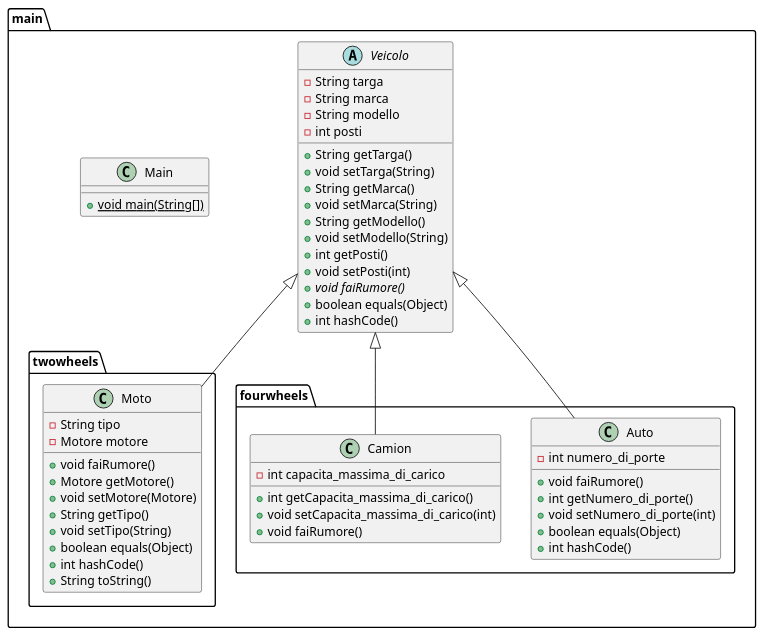
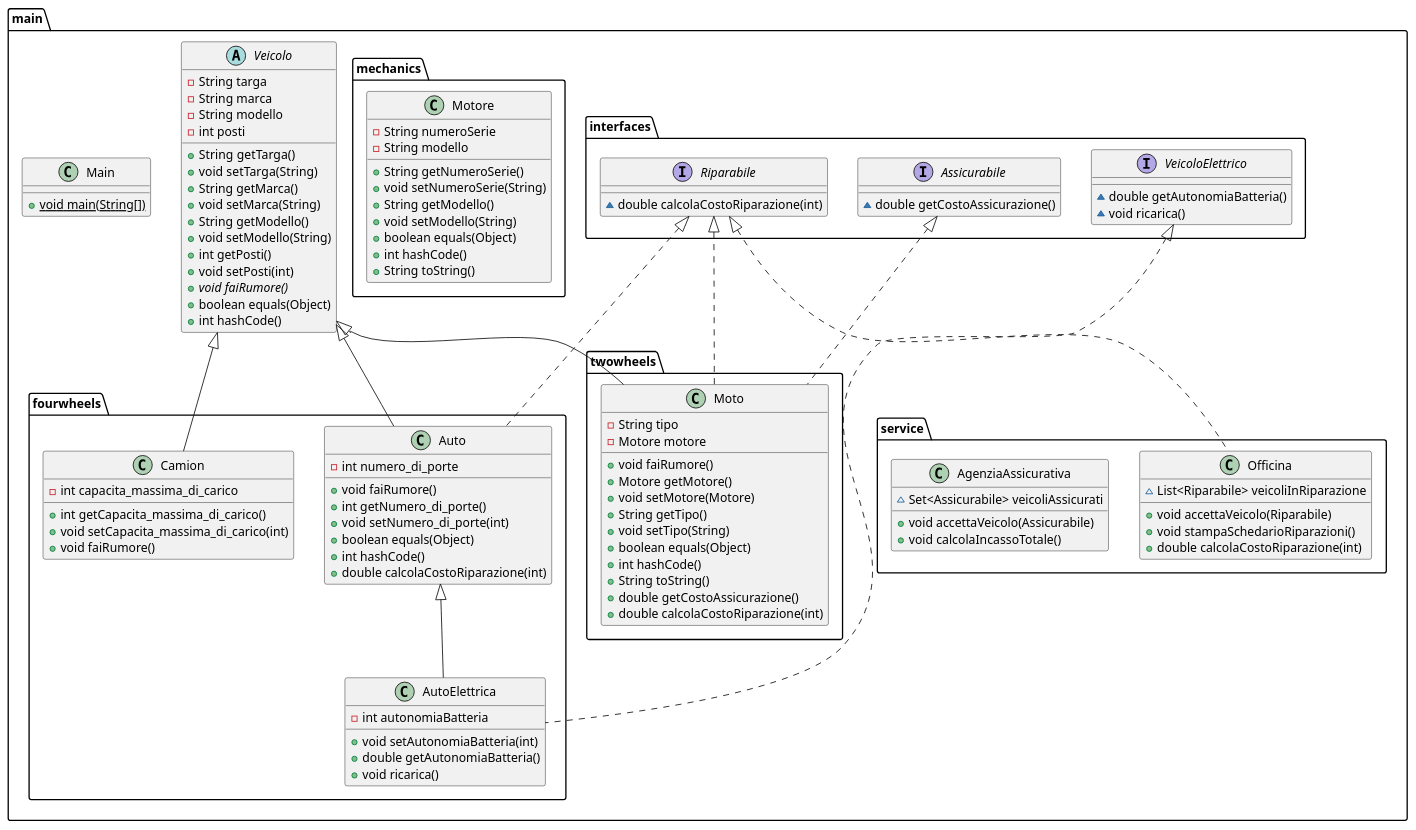
Before and after one commit to vietforest/-M226B: the diagram in Esercizio_veicoli/UML.puml, drawn with PlantUML. The commit also changed 6 other files, not shown here.

```diff
--- a/Esercizio_veicoli/UML.puml
+++ b/Esercizio_veicoli/UML.puml
@@ -1,62 +1,120 @@
 @startuml
+class main.fourwheels.AutoElettrica {
+- int autonomiaBatteria
++ void setAutonomiaBatteria(int)
++ double getAutonomiaBatteria()
++ void ricarica()
+}
+
+
+interface main.interfaces.Assicurabile {
+~ double getCostoAssicurazione()
+}
+
 class main.twowheels.Moto {
 - String tipo
 - Motore motore
 + void faiRumore()
 + Motore getMotore()
 + void setMotore(Motore)
 + String getTipo()
 + void setTipo(String)
 + boolean equals(Object)
 + int hashCode()
 + String toString()
++ double getCostoAssicurazione()
++ double calcolaCostoRiparazione(int)
 }
 
 
 class main.fourwheels.Auto {
 - int numero_di_porte
 + void faiRumore()
 + int getNumero_di_porte()
 + void setNumero_di_porte(int)
 + boolean equals(Object)
 + int hashCode()
++ double calcolaCostoRiparazione(int)
 }
 
+
+interface main.interfaces.Riparabile {
+~ double calcolaCostoRiparazione(int)
+}
 
 abstract class main.Veicolo {
 - String targa
 - String marca
 - String modello
 - int posti
 + String getTarga()
 + void setTarga(String)
 + String getMarca()
 + void setMarca(String)
 + String getModello()
 + void setModello(String)
 + int getPosti()
 + void setPosti(int)
 + {abstract}void faiRumore()
 + boolean equals(Object)
 + int hashCode()
 }
 
 
+class main.mechanics.Motore {
+- String numeroSerie
+- String modello
++ String getNumeroSerie()
++ void setNumeroSerie(String)
++ String getModello()
++ void setModello(String)
++ boolean equals(Object)
++ int hashCode()
++ String toString()
+}
+
+
 class main.Main {
 + {static} void main(String[])
 }
+
+interface main.interfaces.VeicoloElettrico {
+~ double getAutonomiaBatteria()
+~ void ricarica()
+}
+
+class main.service.Officina {
+~ List<Riparabile> veicoliInRiparazione
++ void accettaVeicolo(Riparabile)
++ void stampaSchedarioRiparazioni()
++ double calcolaCostoRiparazione(int)
+}
+
 
 class main.fourwheels.Camion {
 - int capacita_massima_di_carico
 + int getCapacita_massima_di_carico()
 + void setCapacita_massima_di_carico(int)
 + void faiRumore()
 }
 
 
+class main.service.AgenziaAssicurativa {
+~ Set<Assicurabile> veicoliAssicurati
++ void accettaVeicolo(Assicurabile)
++ void calcolaIncassoTotale()
+}
 
 
+
+
+main.interfaces.VeicoloElettrico <|.. main.fourwheels.AutoElettrica
+main.fourwheels.Auto <|-- main.fourwheels.AutoElettrica
+main.interfaces.Assicurabile <|.. main.twowheels.Moto
+main.interfaces.Riparabile <|.. main.twowheels.Moto
 main.Veicolo <|-- main.twowheels.Moto
+main.interfaces.Riparabile <|.. main.fourwheels.Auto
 main.Veicolo <|-- main.fourwheels.Auto
+main.interfaces.Riparabile <|.. main.service.Officina
 main.Veicolo <|-- main.fourwheels.Camion
 @enduml
```
